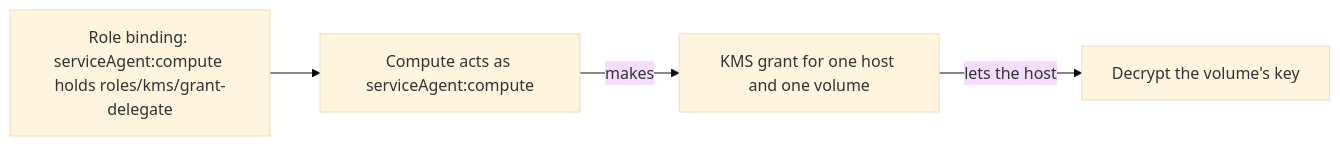
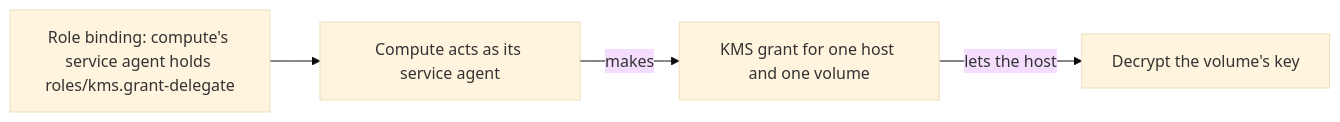
The diagram in docs/iam/service-agents.md (origincloudhq/docs), drawn with Mermaid (base theme) before and after one commit. The commit also changed other lines of this file and 94 other files, not shown here.

````diff
--- a/docs/iam/service-agents.md
+++ b/docs/iam/service-agents.md
@@ -29,8 +29,8 @@
 ```mermaid
 flowchart LR
   accTitle: How compute's service agent acts in an organization
-  accDescr: The organization's binding of roles/kms/grant-delegate to serviceAgent:compute lets compute make KMS grants on the organization's keys. Each grant lets one host decrypt for one volume. Deleting the binding stops new grants; grants already made run out within an hour.
-  binding["Role binding: serviceAgent:compute holds roles/kms/grant-delegate"] --> compute[Compute acts as serviceAgent:compute]
+  accDescr: The organization's binding of roles/kms.grant-delegate to compute's service agent lets compute make KMS grants on the organization's keys. Each grant lets one host decrypt for one volume. Deleting the binding stops new grants; grants already made run out within an hour.
+  binding["Role binding: compute's service agent holds roles/kms.grant-delegate"] --> compute[Compute acts as its service agent]
   compute -->|makes| grant[KMS grant for one host and one volume]
   grant -->|lets the host| decrypt[Decrypt the volume's key]
 ```
````
